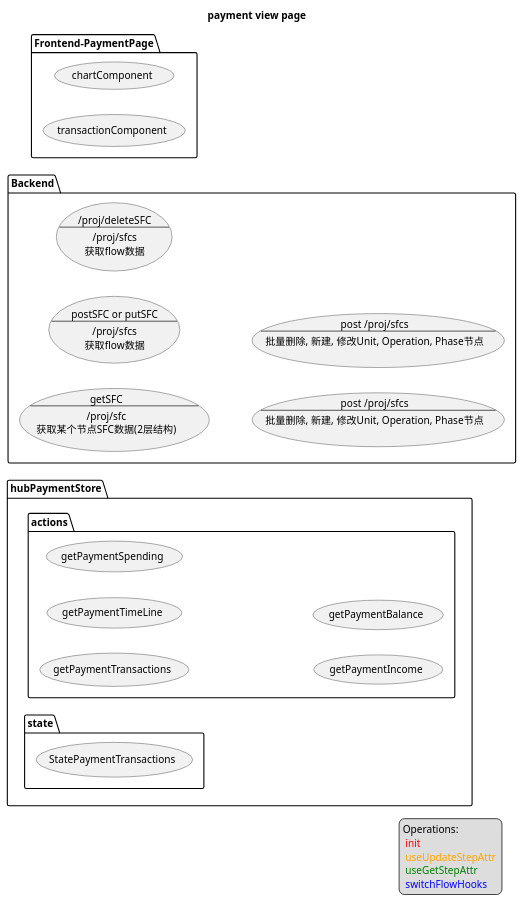
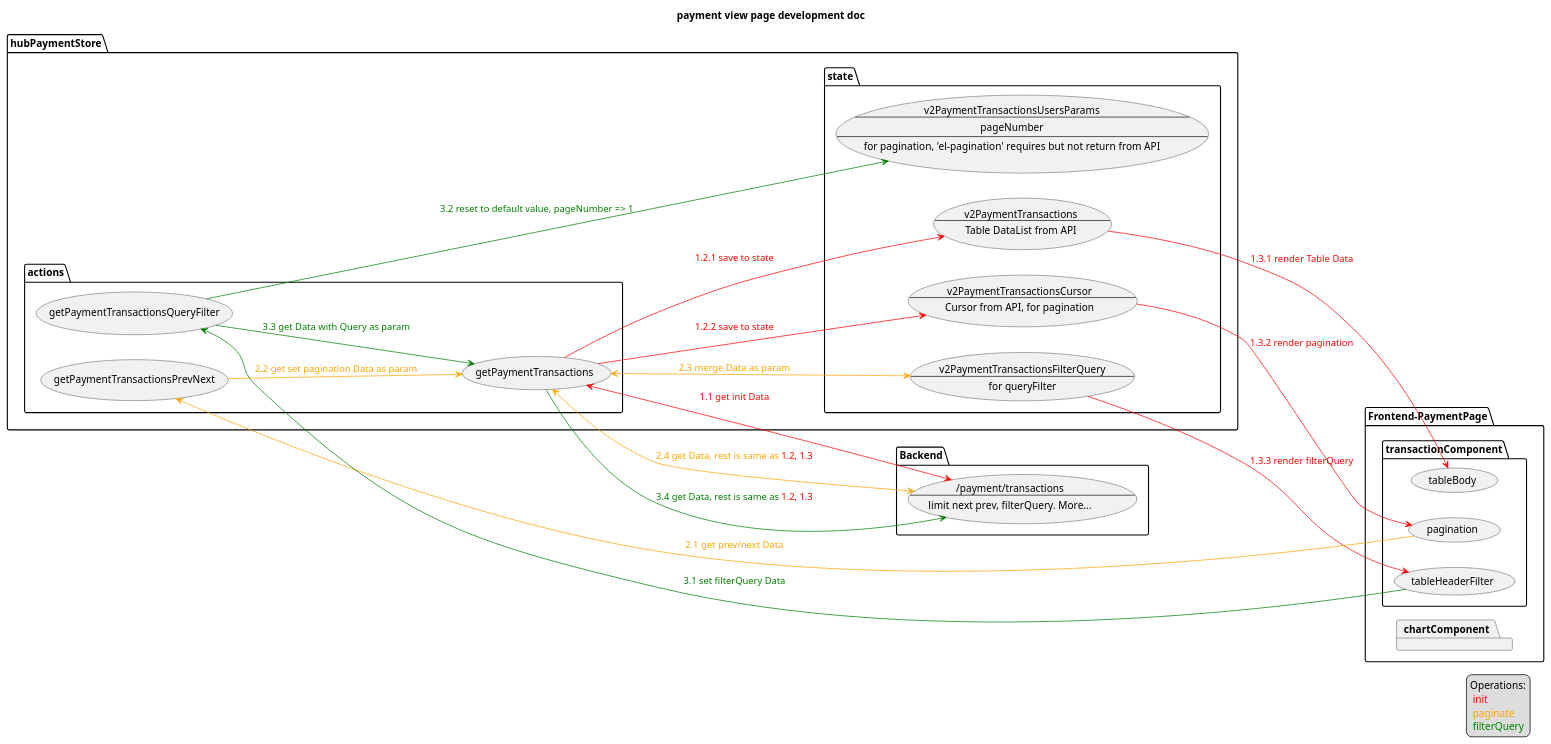
One commit to chase-si/umlDesigns changed the diagram in src/aladia/aladia-payment-view.wsd. Above: the diagram before and after it, drawn with PlantUML. The commit also changed 3 other files, not shown here.

```diff
--- a/src/aladia/aladia-payment-view.wsd
+++ b/src/aladia/aladia-payment-view.wsd
@@ -1,107 +1,85 @@
 @startuml
-title payment view page
+title payment view page development doc
 legend right
   Operations:
   <color red> init </color>
-  <color orange> useUpdateStepAttr </color>
-  <color green> useGetStepAttr </color>
-  <color blue> switchFlowHooks </color>
+  <color orange> paginate </color>
+  <color green> filterQuery </color>
 end legend
 
 left to right direction
 
 package Frontend-PaymentPage {
-  usecase chartComponent
-  usecase transactionComponent
+  package chartComponent
+  package transactionComponent {
+    usecase tableHeaderFilter
+    usecase tableBody
+    usecase pagination
+  }
 }
 
 package hubPaymentStore {
   package actions {
     usecase getPaymentTransactions
-    usecase getPaymentTimeLine
-    usecase getPaymentSpending
-    usecase getPaymentIncome
-    usecase getPaymentBalance
+    usecase getPaymentTransactionsPrevNext
+    usecase getPaymentTransactionsQueryFilter
+    ' usecase getPaymentTimeLine
+    ' usecase getPaymentSpending
+    ' usecase getPaymentIncome
+    ' usecase getPaymentBalance
   }
   package state {
-    usecase StatePaymentTransactions
+    usecase v2PaymentTransactions as "
+      v2PaymentTransactions
+      ---
+      Table DataList from API
+    "
+    usecase v2PaymentTransactionsCursor as "
+      v2PaymentTransactionsCursor
+      ---
+      Cursor from API, for pagination
+    "
+    usecase v2PaymentTransactionsUsersParams as "
+      v2PaymentTransactionsUsersParams
+      ---
+      pageNumber
+      ---
+      for pagination, 'el-pagination' requires but not return from API
+    "
+    usecase v2PaymentTransactionsFilterQuery as "
+      v2PaymentTransactionsFilterQuery
+      ---
+      for queryFilter
+    "
   }
 }
 
 package Backend {
-
   usecase APITransactions as "
-  getSFC
-  ----
-  /proj/sfc
-  获取某个节点SFC数据(2层结构)
-  "
-  usecase APITimeline as "
-  postSFC or putSFC
-  ----
-  /proj/sfcs
-  获取flow数据
-  "
-  usecase APIBalance as "
-  /proj/deleteSFC
-  ----
-  /proj/sfcs
-  获取flow数据
-  "
-  usecase APISpending as "
-  post /proj/sfcs
-  ----
-  批量删除, 新建, 修改Unit, Operation, Phase节点
-  "
-  usecase APIIncome as "
-  post /proj/sfcs
-  ----
-  批量删除, 新建, 修改Unit, Operation, Phase节点
+    /payment/transactions
+    ---
+    limit next prev, filterQuery. More...
   "
 }
 
 
-' '初始渲染
-' initHooks <-- getRecipeFlow #line:ff0000;text:ff0000 : 1.1 接口获取receipe完整数据数据
-' initHooks <-- getSFC #line:ff0000;text:ff0000 : 1.2 接口获取流程图数据
-' initHooks --> ReduxRecipeFlowData #line:ff0000;text:ff0000 : 2.1 dispatch 赋值初始 ReduxActiveFlowData
-' initHooks --> ReduxActiveFlowData #line:ff0000;text:ff0000 : 2.2 dispatch 赋值初始 ReduxActiveFlowData
-' initHooks --> ReduxActiveNodeAId #line:ff0000;text:ff0000 : 2.3 dispatch 赋值初始激活点=receipe的id
-' ReduxRecipeFlowData --> 树状结构渲染 #line:ff0000;text:ff0000 : 3.1 tree数据渲染
-' ReduxActiveFlowData --> 流程图svg渲染 #line:ff0000;text:ff0000 : 3.2 流程图数据渲染
+'初始渲染
+getPaymentTransactions <--> APITransactions #line:red;text:red : 1.1 get init Data
+getPaymentTransactions --> v2PaymentTransactions #line:red;text:red : 1.2.1 save to state
+getPaymentTransactions --> v2PaymentTransactionsCursor #line:red;text:red : 1.2.2 save to state
+v2PaymentTransactions --> tableBody  #line:red;text:red : 1.3.1 render Table Data
+v2PaymentTransactionsCursor --> pagination  #line:red;text:red : 1.3.2 render pagination
+v2PaymentTransactionsFilterQuery --> tableHeaderFilter  #line:red;text:red : 1.3.3 render filterQuery
 
-' '网系节点选择渲染不同流程图
-' 单击Recipe --> switchFlowHooks #line:0000ff;text:0000ff : 1. 单击某节点引起右侧渲染不同的流程图
-' switchFlowHooks <--> getSFC #line:0000ff;text:0000ff : 2. 获取某个节点的流程图数据
-' switchFlowHooks --> ReduxActiveNodeAId #line:0000ff;text:0000ff : 3.1 ActiveNodeId 赋值
-' switchFlowHooks --> ReduxActiveFlowData #line:0000ff;text:0000ff : 3.2 ReduxActiveFlowData 赋值
-' ReduxActiveNodeAId --> 树状结构渲染 #line:0000ff;text:0000ff : 4.1 active节点渲染
-' ReduxActiveFlowData --> 流程图svg渲染 #line:0000ff;text:0000ff : 4.2 流程图数据渲染
+'分页
+pagination --> getPaymentTransactionsPrevNext #line:orange;text:orange : 2.1 get prev/next Data
+getPaymentTransactionsPrevNext --> getPaymentTransactions #line:orange;text:orange : 2.2 get set pagination Data as param
+getPaymentTransactions <--> v2PaymentTransactionsFilterQuery #line:orange;text:orange : 2.3 merge Data as param
+getPaymentTransactions <--> APITransactions #line:orange;text:orange : 2.4 get Data, rest is same as <color red>1.2, 1.3</color>
 
-' ' ' '编辑流程图
-' 流程图编辑 --> updateFlowHooks #line:purple;text:purple : 1. 调用hooks
-' updateFlowHooks --> editSFC #line:purple;text:purple : 2.1 接口更新当前svg流程图数据
-' updateFlowHooks --> batchUpdateNodes #line:purple;text:purple : 2.2 请求接口批量更新节点们
-' updateFlowHooks <-- getRecipeFlow #line:purple;text:purple : 2.3 接口返回全Recipe tree数据
-' updateFlowHooks --> ReduxRecipeFlowData #line:purple;text:purple : 3.1 dispatch ReduxRecipeFlowData
-' updateFlowHooks --> ReduxActiveFlowData #line:purple;text:purple : 3.2 dispatch ReduxActiveFlowData
-' ReduxRecipeFlowData --> 树状结构渲染 #line:purple;text:purple : 4.1 左侧树重新渲染
-' ReduxActiveFlowData --> 流程图svg渲染 #line:purple;text:purple : 4.2 流程图数据渲染
-
-' 流程图节点选择
-' SVG节点选中 --> useGetStepAttr #line:00cc00;text:00cc00 : 1.选中的节点, 调用hooks
-' useGetStepAttr <--> getStepAttr #line:00cc00;text:00cc00 : 2 请求接口
-' useGetStepAttr --> ReduxActiveNodeBId #line:00cc00;text:00cc00 : 3.1 dispatch ReduxActiveNodeBId
-' useGetStepAttr --> ReduxStepAttr #line:00cc00;text:00cc00 : 3.2 dispatch ReduxStepAttr
-' ReduxActiveNodeBId --> 流程图编辑 #line:00cc00;text:00cc00 : 4.1 允许增加顺序等操作
-' ReduxActiveNodeBId --> 左侧Tree #line:00cc00;text:00cc00 : 4.2 次节点激活
-' ReduxStepAttr --> 右侧Attr #line:00cc00;text:00cc00 : 4.3 ReduxStepAttr + ReduxActiveNodeBId 显示属性
-
-' 编辑步属性
-' 步属性 --> useUpdateStepAttr #line:orange;text:orange : 1. 保存, 调用hooks
-' useUpdateStepAttr --> editStepAttr #line:orange;text:orange : 2.1 请求接口,保存当前步属性
-' useUpdateStepAttr --> updateFlowHooks #line:orange;text:orange : 2.2 部属性要塞进流程图, 走紫色流程1以后的步骤
-
-' todo 预留撤销操作的存储
-' ReduxRecipeFlowData --> ReduxActiveFlowData #line:purple;text:purple : 2. 根据ReduxActiveNodeAId 重新影响 ReduxActiveFlowData
+'筛选渲染
+tableHeaderFilter --> getPaymentTransactionsQueryFilter #line:green;text:green : 3.1 set filterQuery Data
+getPaymentTransactionsQueryFilter --> v2PaymentTransactionsUsersParams #line:green;text:green : 3.2 reset to default value, pageNumber => 1
+getPaymentTransactionsQueryFilter --> getPaymentTransactions #line:green;text:green : 3.3 get Data with Query as param
+getPaymentTransactions --> APITransactions #line:green;text:green : 3.4 get Data, rest is same as <color red>1.2, 1.3</color>
 @enduml
```
